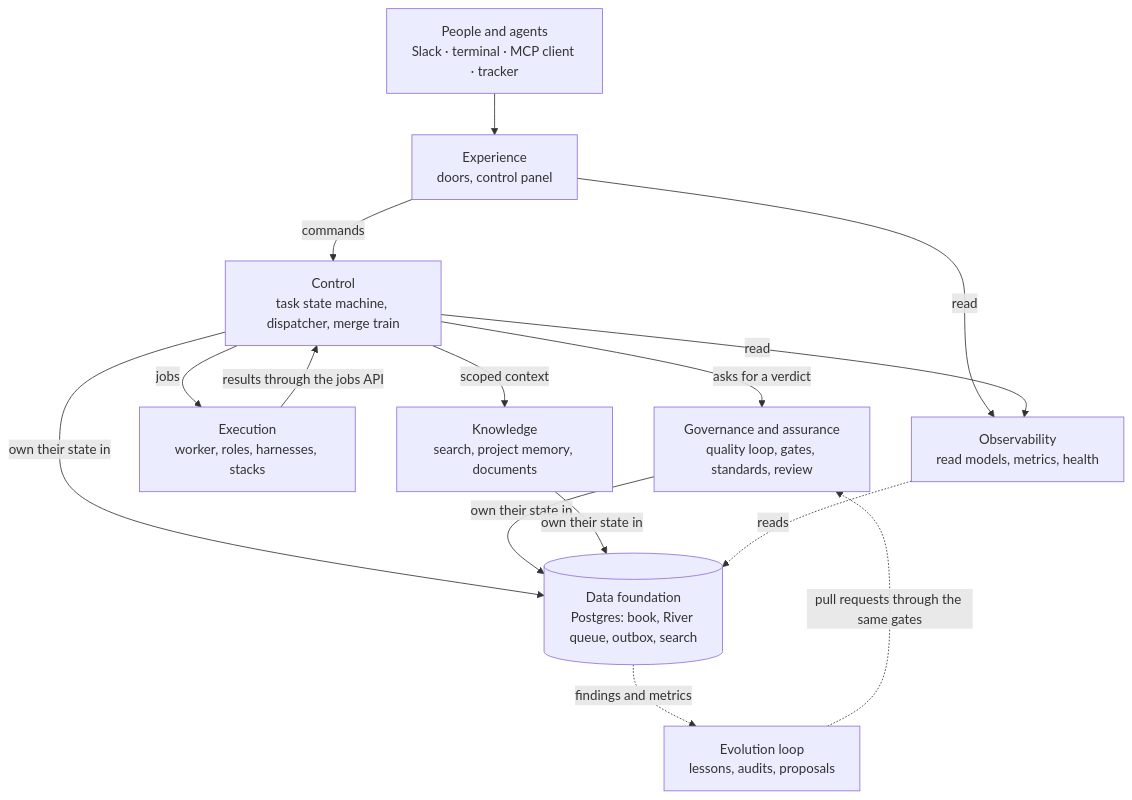
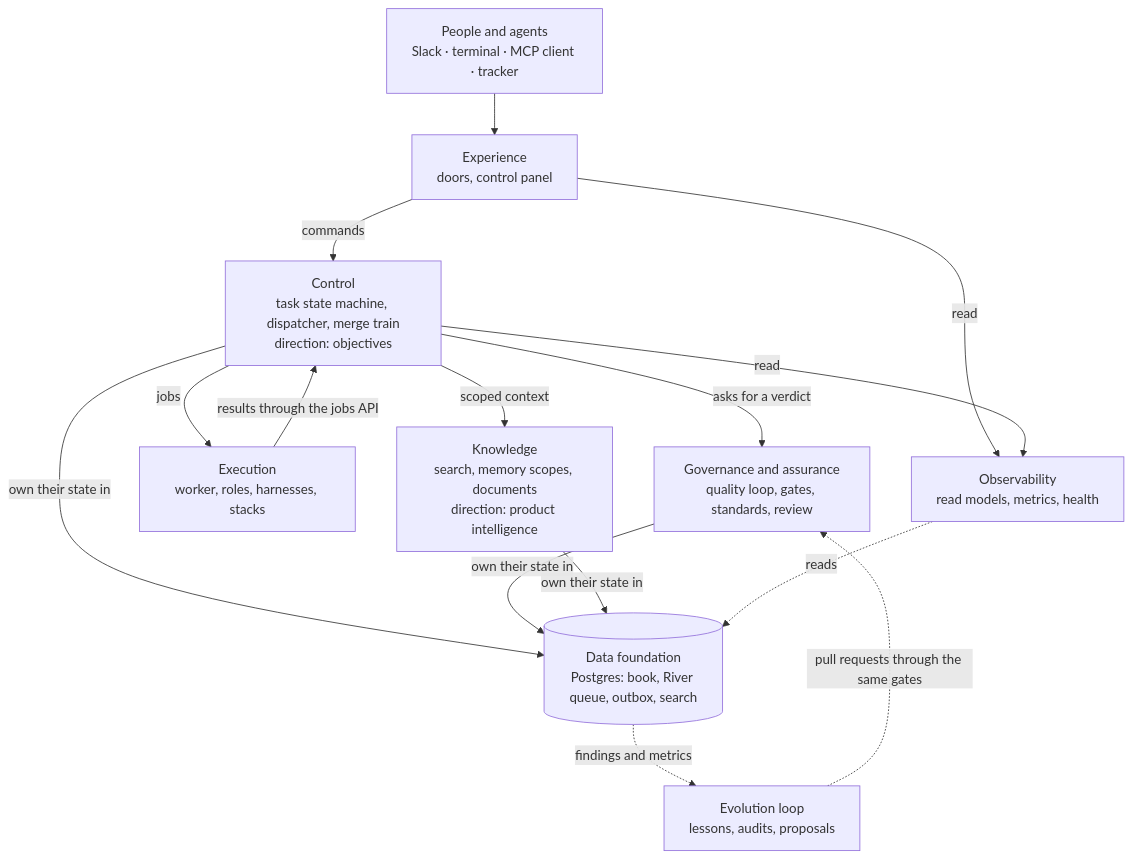
One commit to IlyaChakun/nightshift changed the diagram in docs/design.md. Above: the diagram before and after it, drawn with Mermaid. The commit also changed other lines of this file and 14 other files, not shown here.

First line of the commit message:
docs(design): settle the plane vocabulary: observability, knowledge scopes, capabilities, vision (A3, part 2) (#423)

````diff
--- a/docs/design.md
+++ b/docs/design.md
@@ -49,23 +64,23 @@
 ```mermaid
 flowchart TB
   people["People and agents<br/>Slack · terminal · MCP client · tracker"]
   exp["Experience<br/>doors, control panel"]
   obs["Observability<br/>read models, metrics, health"]
-  ctl["Control<br/>task state machine, dispatcher, merge train"]
+  ctl["Control<br/>task state machine, dispatcher, merge train<br/>direction: objectives"]
   exe["Execution<br/>worker, roles, harnesses, stacks"]
-  kno["Knowledge<br/>search, project memory, documents"]
+  kno["Knowledge<br/>search, memory scopes, documents<br/>direction: product intelligence"]
   asr["Governance and assurance<br/>quality loop, gates, standards, review"]
   data[("Data foundation<br/>Postgres: book, River queue, outbox, search")]
   evo["Evolution loop<br/>lessons, audits, proposals"]
   people --> exp
   exp -- commands --> ctl
   ctl -- jobs --> exe
   exe -- results through the jobs API --> ctl
   ctl -- asks for a verdict --> asr
   ctl -- scoped context --> kno
   ctl & asr & kno -- own their state in --> data
   exp & ctl -- read --> obs
   obs -. reads .-> data
   data -. findings and metrics .-> evo
   evo -. pull requests through the same gates .-> asr
 ```
````
